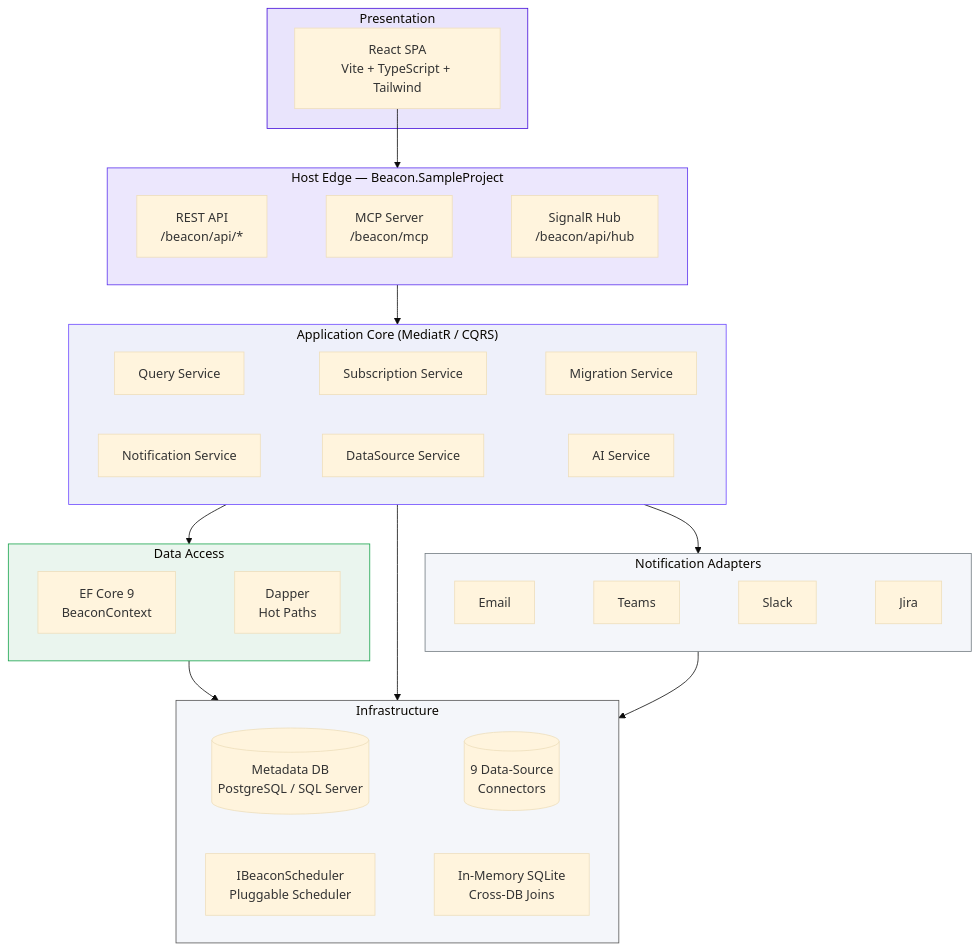
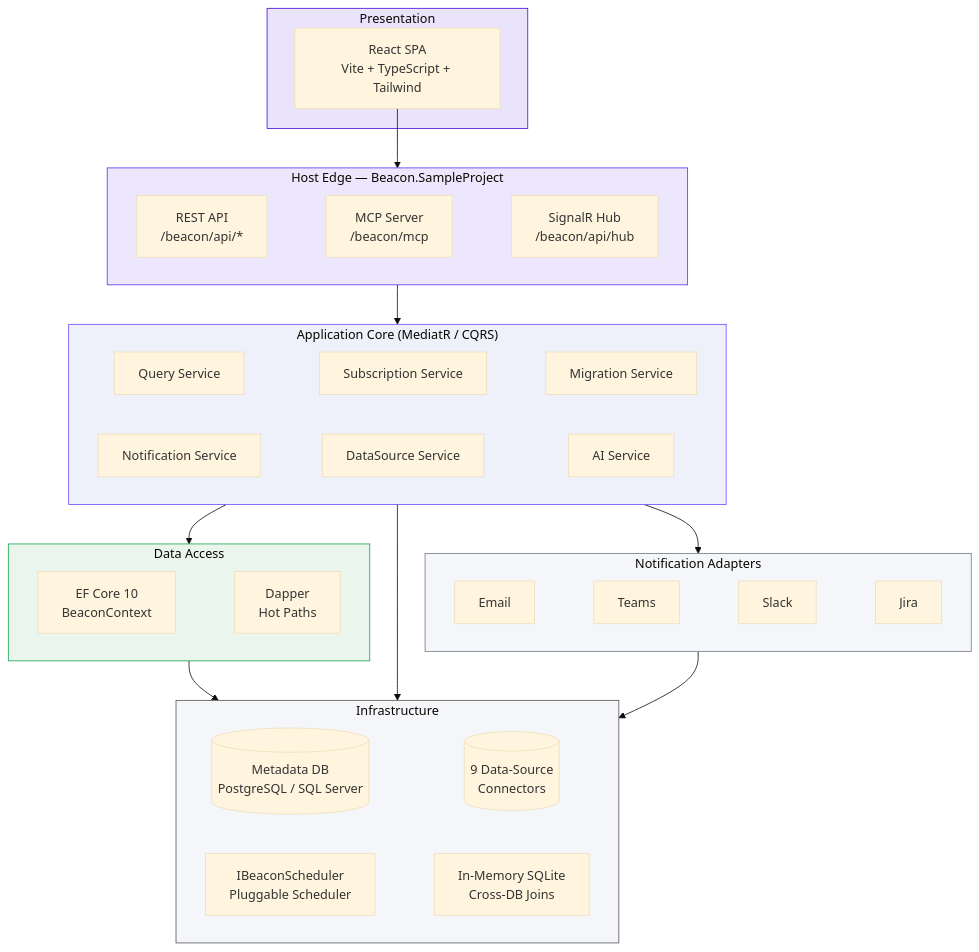
Before and after one commit to moberghr/beacon: the first of 2 diagrams in README.md, drawn with Mermaid (base theme). The commit also changed other lines of this file and 4 other files, not shown here.

````diff
--- a/README.md
+++ b/README.md
@@ -160,43 +160,43 @@
 ```mermaid
 graph TB
     subgraph UI["Presentation"]
         React[React SPA<br/>Vite + TypeScript + Tailwind]
     end
 
     subgraph Edge["Host Edge — Beacon.SampleProject"]
         RestApi[REST API<br/>/beacon/api/*] ~~~ Mcp[MCP Server<br/>/beacon/mcp] ~~~ Hub[SignalR Hub<br/>/beacon/api/hub]
     end
 
     subgraph Core["Application Core (MediatR / CQRS)"]
         QuerySvc[Query Service] ~~~ SubSvc[Subscription Service] ~~~ MigSvc[Migration Service]
         NotifSvc[Notification Service] ~~~ DataSrcSvc[DataSource Service] ~~~ AiSvc[AI Service]
     end
 
     subgraph Adapters["Notification Adapters"]
         EmailAdapter[Email] ~~~ TeamsAdapter[Teams] ~~~ SlackAdapter[Slack] ~~~ JiraAdapter[Jira]
     end
 
     subgraph Data["Data Access"]
-        EFCore[EF Core 9<br/>BeaconContext] ~~~ Dapper[Dapper<br/>Hot Paths]
+        EFCore[EF Core 10<br/>BeaconContext] ~~~ Dapper[Dapper<br/>Hot Paths]
     end
 
     subgraph Infrastructure["Infrastructure"]
         Meta[(Metadata DB<br/>PostgreSQL / SQL Server)] ~~~ Sources[(9 Data-Source<br/>Connectors)]
         Scheduler[IBeaconScheduler<br/>Pluggable Scheduler] ~~~ SQLiteVM[In-Memory SQLite<br/>Cross-DB Joins]
     end
 
     React --> Edge
     Edge --> Core
     Core --> Adapters
     Core --> Data
     Data --> Infrastructure
     Core --> Infrastructure
     Adapters --> Infrastructure
 
     style UI fill:#e9e4fc,stroke:#430cda
     style Edge fill:#ece7fd,stroke:#5a30ee
     style Core fill:#eef0fa,stroke:#6c48ff
     style Adapters fill:#f4f6fa,stroke:#717a80
     style Data fill:#eaf5ee,stroke:#16a34a
     style Infrastructure fill:#f4f6fa,stroke:#545454
 ```
````
